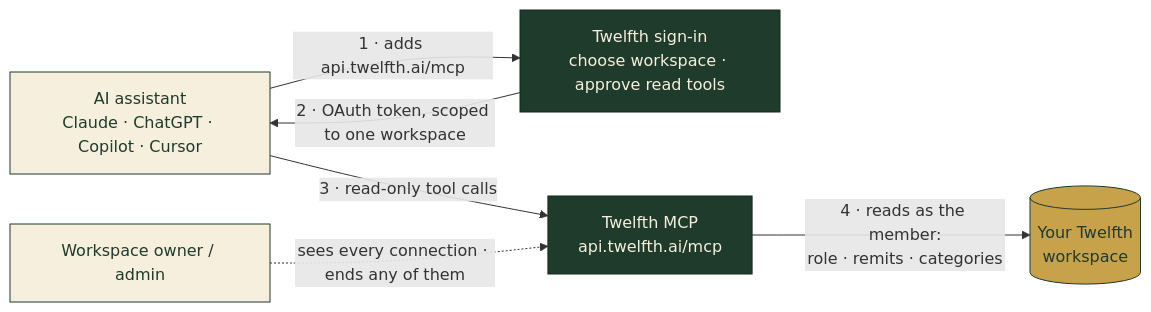
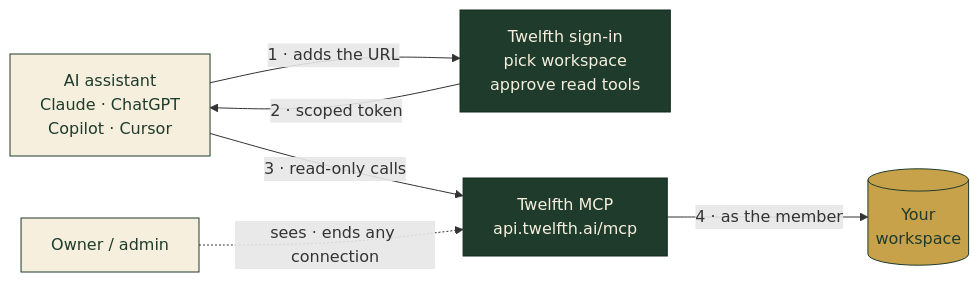
Before and after one commit to twelfth-ai/twelfth-mcp: the diagram in README.md, drawn with Mermaid. The commit also changed other lines of this file, not shown here.

Commit message:
README: tighter connection diagram so it fits the readme width

````diff
--- a/README.md
+++ b/README.md
@@ -43,15 +43,15 @@
 ```mermaid
 flowchart LR
-    A["AI assistant<br/>Claude · ChatGPT · Copilot · Cursor"] -- "1 · adds api.twelfth.ai/mcp" --> S["Twelfth sign-in<br/>choose workspace · approve read tools"]
-    S -- "2 · OAuth token, scoped to one workspace" --> A
-    A -- "3 · read-only tool calls" --> M["Twelfth MCP<br/>api.twelfth.ai/mcp"]
-    M -- "4 · reads as the member:<br/>role · remits · categories" --> W[("Your Twelfth<br/>workspace")]
-    ADM["Workspace owner / admin"] -. "sees every connection · ends any of them" .-> M
+    A["AI assistant<br/>Claude · ChatGPT<br/>Copilot · Cursor"] -- "1 · adds the URL" --> S["Twelfth sign-in<br/>pick workspace<br/>approve read tools"]
+    S -- "2 · scoped token" --> A
+    A -- "3 · read-only calls" --> M["Twelfth MCP<br/>api.twelfth.ai/mcp"]
+    M -- "4 · as the member" --> W[("Your<br/>workspace")]
+    ADM["Owner / admin"] -. "sees · ends any connection" .-> M
 
     classDef ink fill:#1e3b2c,stroke:#14291f,color:#f6efdd;
     classDef paper fill:#f6efdd,stroke:#1e3b2c,color:#1e3b2c;
     classDef gilt fill:#c8a24b,stroke:#1e3b2c,color:#1e3b2c;
     class A,ADM paper;
     class S,M ink;
     class W gilt;
 ```
````
